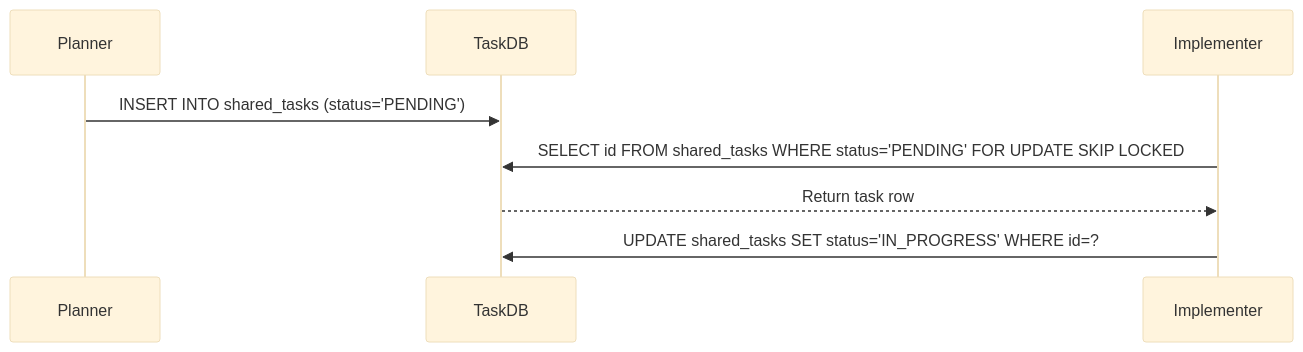
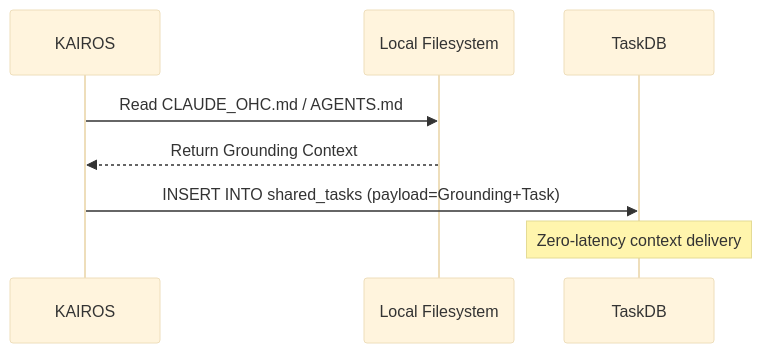
Before and after one commit to omnisolo-llc/onehumancorp: the diagram in docs/architecture/KAIROS_AI_OS_MASTER_PLAN.md, drawn with Mermaid (base theme). The commit also changed other lines of this file and 8 other files, not shown here.

First line of the commit message:
KAIROS Hybrid AI OS Architecture & Mission Decomposition (#3702)

````diff
--- a/docs/architecture/KAIROS_AI_OS_MASTER_PLAN.md
+++ b/docs/architecture/KAIROS_AI_OS_MASTER_PLAN.md
@@ -24,10 +24,10 @@
 ```mermaid
 sequenceDiagram
-    participant Planner
+    participant KAIROS
+    participant FS as Local Filesystem
     participant TaskDB
-    participant Implementer
-    Planner->>TaskDB: INSERT INTO shared_tasks (status='PENDING')
-    Implementer->>TaskDB: SELECT id FROM shared_tasks WHERE status='PENDING' FOR UPDATE SKIP LOCKED
-    TaskDB-->>Implementer: Return task row
-    Implementer->>TaskDB: UPDATE shared_tasks SET status='IN_PROGRESS' WHERE id=?
+    KAIROS->>FS: Read CLAUDE_OHC.md / AGENTS.md
+    FS-->>KAIROS: Return Grounding Context
+    KAIROS->>TaskDB: INSERT INTO shared_tasks (payload=Grounding+Task)
+    Note over TaskDB: Zero-latency context delivery
 ```
````
